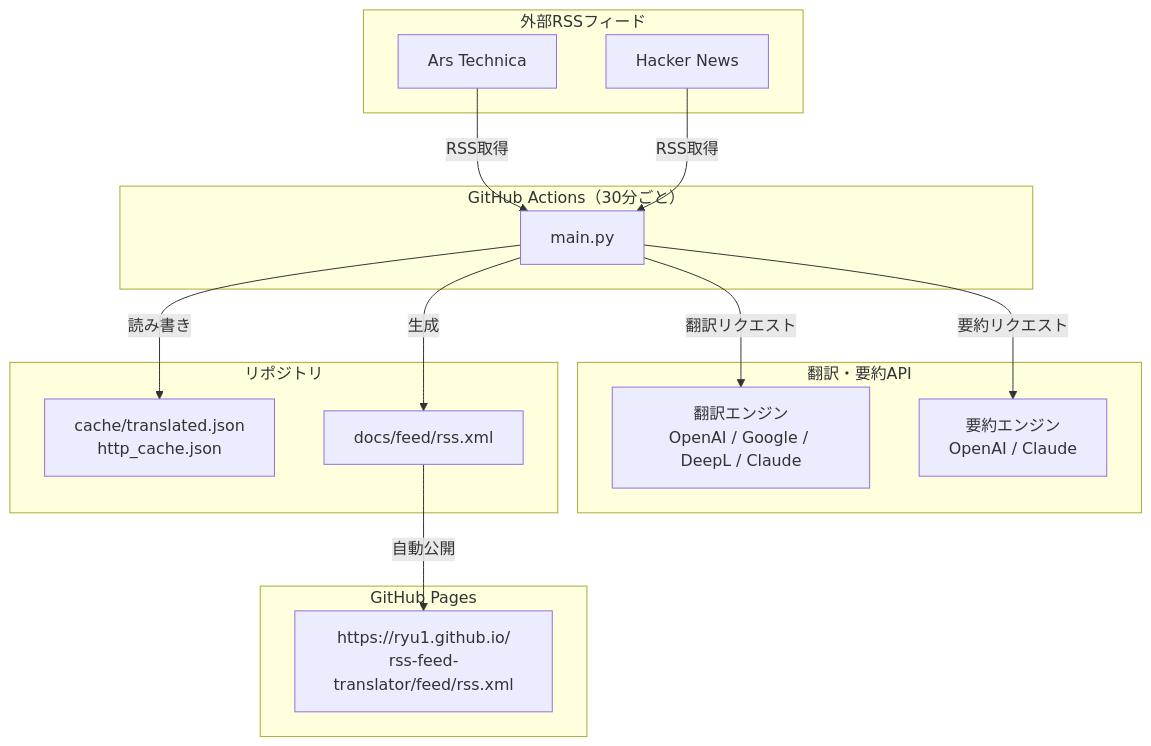
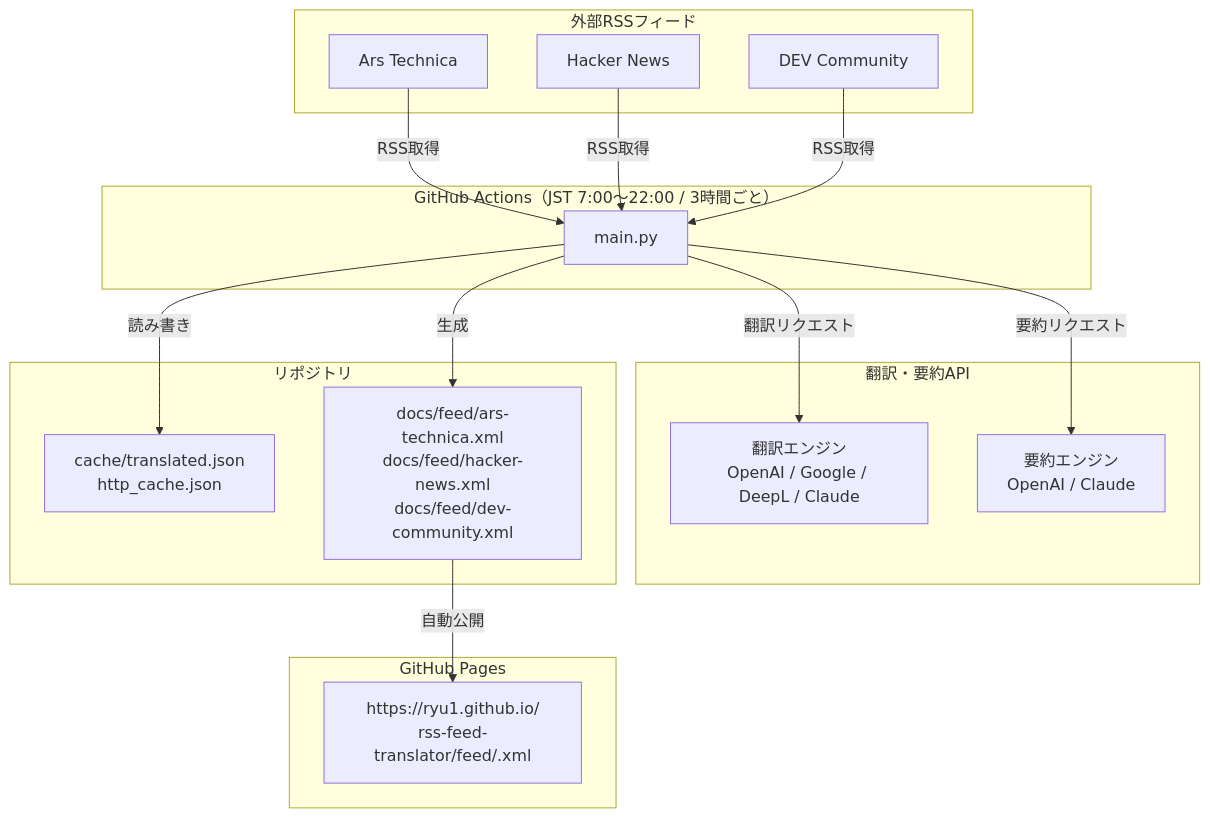
Before and after one commit to ryu1/rss-feed-translator: the first of 11 diagrams in docs/superpowers/specs/2026-06-29-rss-feed-translator-design.md, drawn with Mermaid. The commit also changed other lines of this file and 2 other files, not shown here.

````diff
--- a/docs/superpowers/specs/2026-06-29-rss-feed-translator-design.md
+++ b/docs/superpowers/specs/2026-06-29-rss-feed-translator-design.md
@@ -43,33 +43,35 @@
 ```mermaid
 graph TD
-    subgraph "GitHub Actions（30分ごと）"
+    subgraph "GitHub Actions（JST 7:00〜22:00 / 3時間ごと）"
         MAIN["main.py"]
     end
 
     subgraph "外部RSSフィード"
         FEED1["Ars Technica"]
         FEED2["Hacker News"]
+        FEED3["DEV Community"]
     end
 
     subgraph "翻訳・要約API"
         TRANS["翻訳エンジン\nOpenAI / Google / DeepL / Claude"]
         SUMM["要約エンジン\nOpenAI / Claude"]
     end
 
     subgraph "リポジトリ"
         CACHE["cache/translated.json\nhttp_cache.json"]
-        RSS["docs/feed/rss.xml"]
+        RSS["docs/feed/ars-technica.xml\ndocs/feed/hacker-news.xml\ndocs/feed/dev-community.xml"]
     end
 
     subgraph "GitHub Pages"
-        PUB["https://ryu1.github.io/\nrss-feed-translator/feed/rss.xml"]
+        PUB["https://ryu1.github.io/\nrss-feed-translator/feed/<feed>.xml"]
     end
 
     FEED1 -->|RSS取得| MAIN
     FEED2 -->|RSS取得| MAIN
+    FEED3 -->|RSS取得| MAIN
     MAIN -->|翻訳リクエスト| TRANS
     MAIN -->|要約リクエスト| SUMM
     MAIN -->|読み書き| CACHE
     MAIN -->|生成| RSS
     RSS -->|自動公開| PUB
 ```
````
